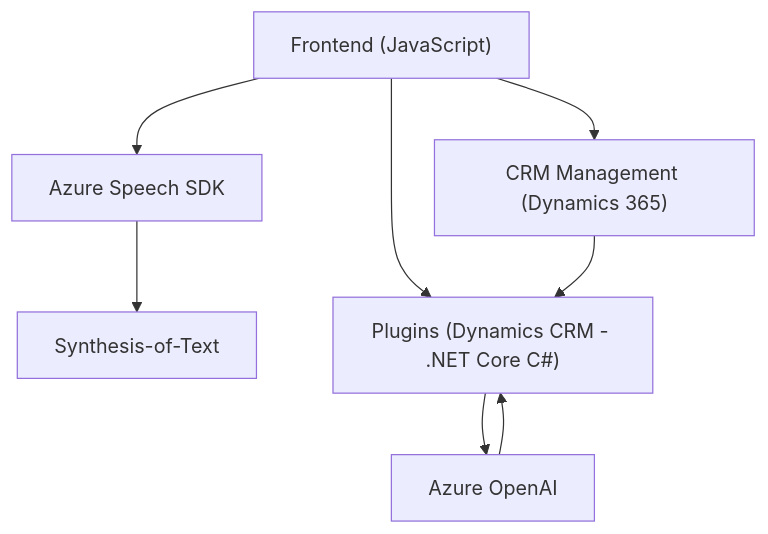
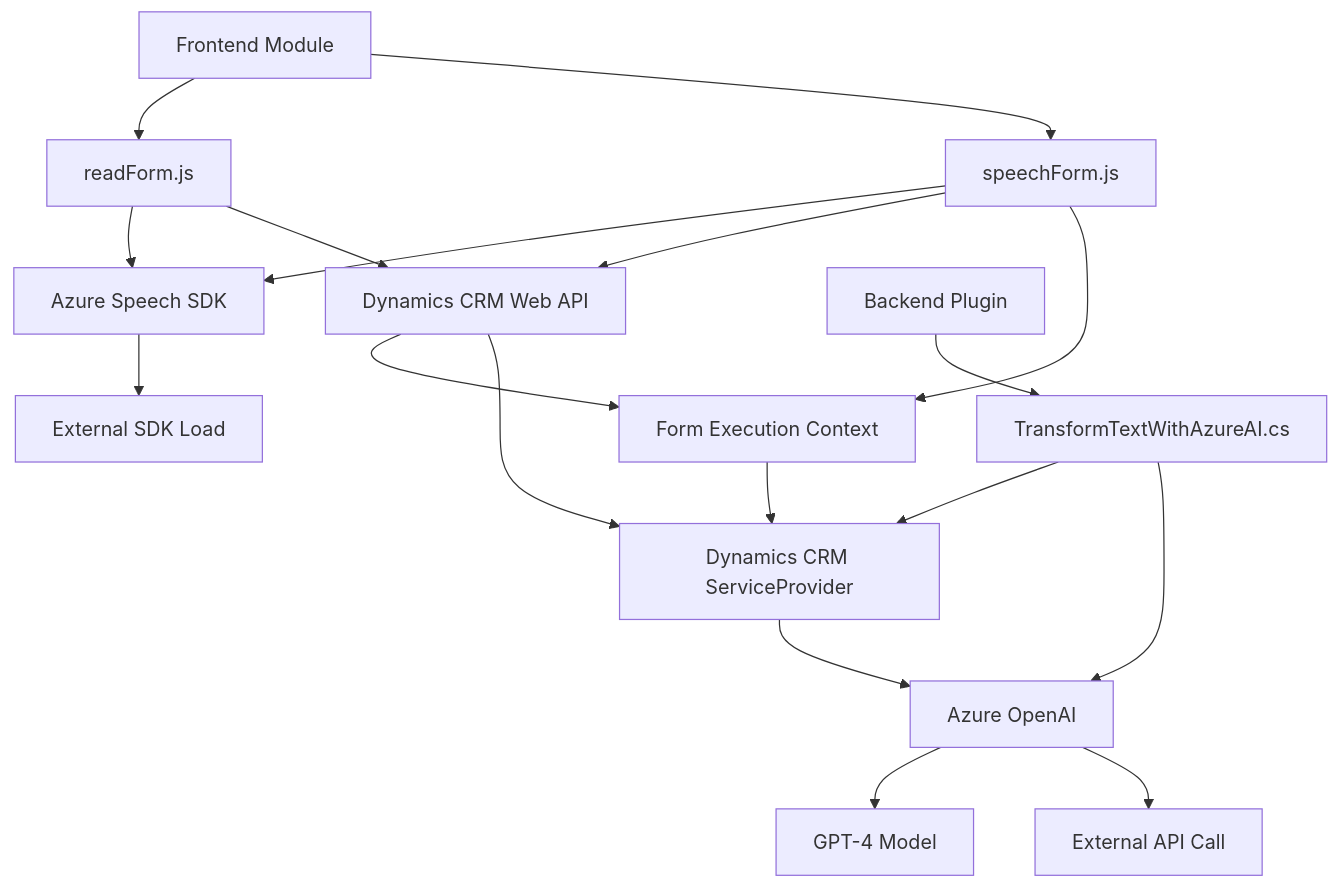
The diagram in README.md (blopezdm/NETCORE_BILBAO2025), drawn with Mermaid before and after one commit. The commit also changed other lines of this file, not shown here.

````diff
--- a/README.md
+++ b/README.md
@@ -39,17 +42,23 @@
 ```mermaid
 graph TD
-    A["Frontend (JavaScript)"]
-    B["Azure Speech SDK"]
-    C["Synthesis-of-Text"]
-    D["Plugins (Dynamics CRM - .NET Core C#)"]
-    E["Azure OpenAI"]
-    F["CRM Management (Dynamics 365)"]
+    A["Frontend Module"] --> B["readForm.js"]
+    A --> C["speechForm.js"]
+    B --> D["Azure Speech SDK"]
+    C --> D
+    C --> E["Dynamics CRM Web API"]
+    B --> E
+    E --> F["Form Execution Context"]
+    C --> F
 
-    A --> B
-    A --> D
-    B --> C
-    D --> E
-    F --> D
-    A --> F
-    E --> D
+    G["Backend Plugin"] --> H["TransformTextWithAzureAI.cs"]
+    H --> I["Dynamics CRM ServiceProvider"]
+    H --> J["Azure OpenAI"]
+    J --> K["GPT-4 Model"]
+
+    F --> I
+    E --> I
+    I --> J
+
+    D --> L["External SDK Load"]
+    J --> M["External API Call"]
 ```
````
